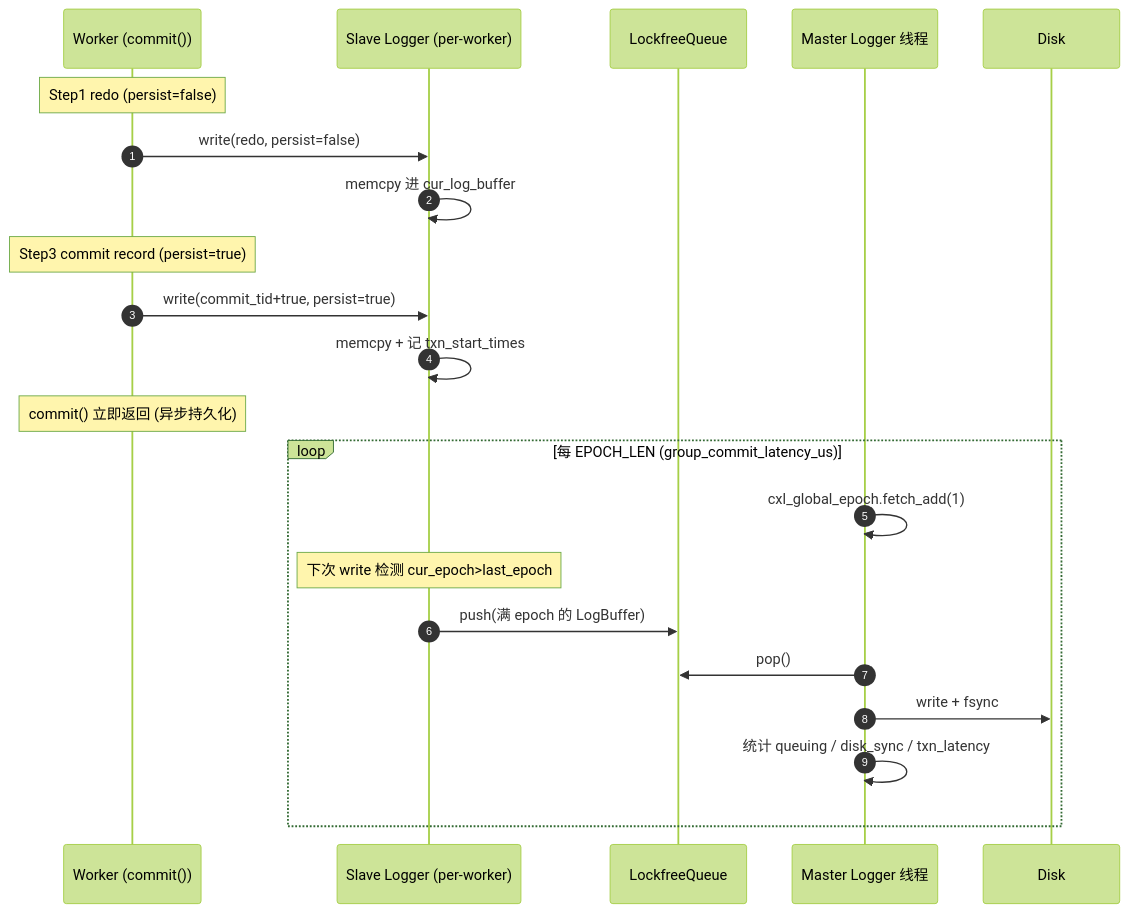
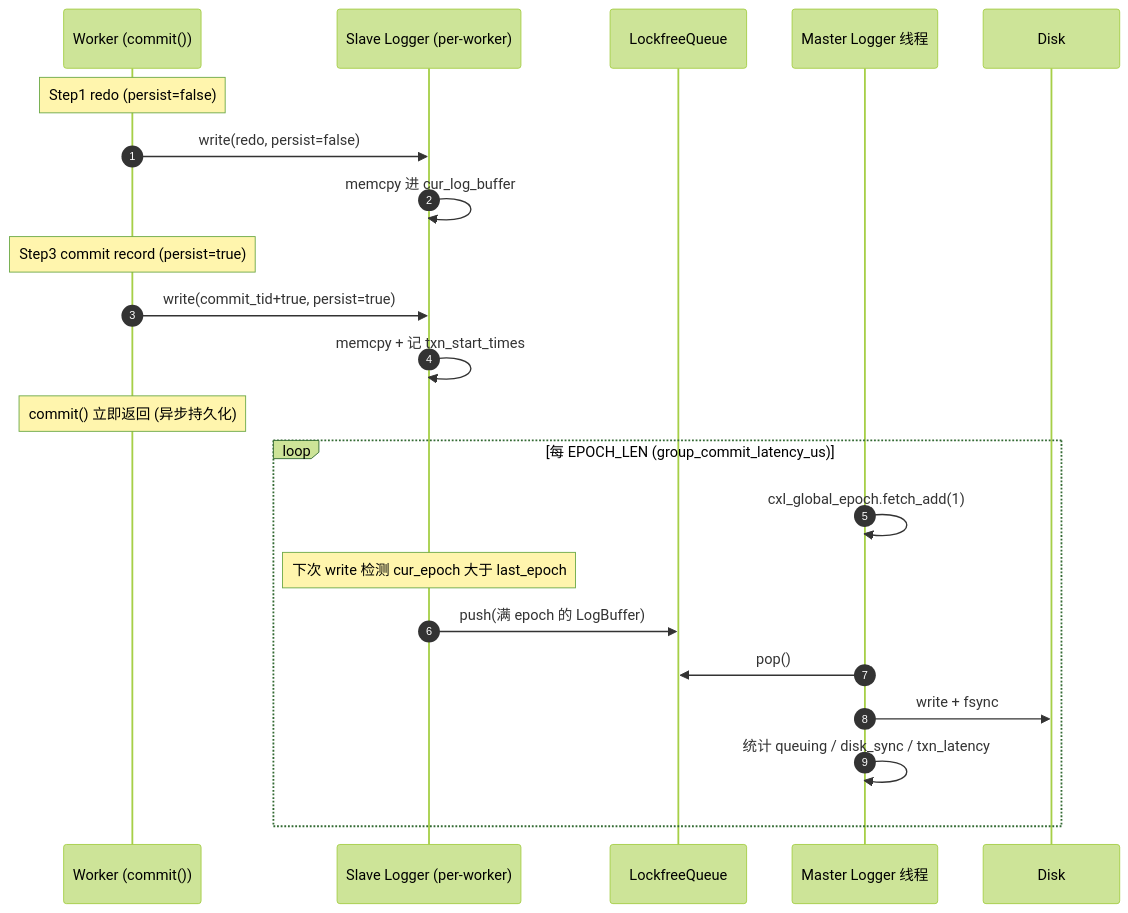
The seventh of 8 diagrams in docs/SPEC_COMMIT_FLOW.md (solutive-player/tigon), drawn with Mermaid (forest theme) before and after one commit. The commit also changed other lines of this file, not shown here.

First line of the commit message:
docs: fix mermaid parse error in commit-flow SPEC

````diff
--- a/docs/SPEC_COMMIT_FLOW.md
+++ b/docs/SPEC_COMMIT_FLOW.md
@@ -579,26 +581,26 @@
 ```mermaid
 sequenceDiagram
     autonumber
     participant W as Worker (commit())
     participant SL as Slave Logger (per-worker)
     participant Q as LockfreeQueue
     participant ML as Master Logger 线程
     participant D as Disk
 
     Note over W: Step1 redo (persist=false)
     W->>SL: write(redo, persist=false)
     SL->>SL: memcpy 进 cur_log_buffer
     Note over W: Step3 commit record (persist=true)
     W->>SL: write(commit_tid+true, persist=true)
     SL->>SL: memcpy + 记 txn_start_times
     Note over W: commit() 立即返回 (异步持久化)
 
     loop 每 EPOCH_LEN (group_commit_latency_us)
         ML->>ML: cxl_global_epoch.fetch_add(1)
-        Note over SL: 下次 write 检测 cur_epoch>last_epoch
+        Note over SL: 下次 write 检测 cur_epoch 大于 last_epoch
         SL->>Q: push(满 epoch 的 LogBuffer)
         ML->>Q: pop()
         ML->>D: write + fsync
         ML->>ML: 统计 queuing / disk_sync / txn_latency
     end
 ```
````
